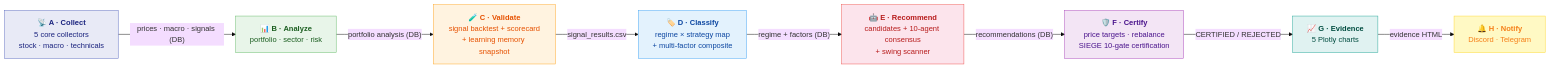
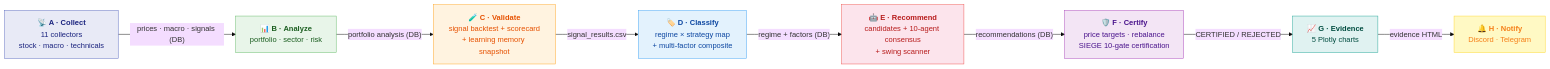
The diagram in README.md (researcherhojin/nuri-quant), drawn with Mermaid (base theme) before and after one commit. The commit also changed other lines of this file, not shown here.

Commit message:
docs(readme): correct stale signal + collector counts (#129)
Two claims drifted from current code:

1. Mermaid Phase A box said "5 core collectors" — actual `make collect`
   target runs 11 (verified against Makefile). Updated to "11 collectors".

2. Key Features said "15 signals" — SIGNAL_DEFINITIONS now has 20 (verified
   via `python -c "from nuri.quant.validation.signal_backtest import
   SIGNAL_DEFINITIONS; print(len(SIGNAL_DEFINITIONS))"`). CLAUDE.md already
   says 20 in two places; README was the only stale reference.

````diff
--- a/README.md
+++ b/README.md
@@ -19,28 +19,28 @@
 ```mermaid
 graph LR
-    A["📡 <b>A · Collect</b><br/>5 core collectors<br/>stock · macro · technicals"]
+    A["📡 <b>A · Collect</b><br/>11 collectors<br/>stock · macro · technicals"]
     B["📊 <b>B · Analyze</b><br/>portfolio · sector · risk"]
     C["🧪 <b>C · Validate</b><br/>signal backtest + scorecard<br/>+ learning memory snapshot"]
     D["🏷️ <b>D · Classify</b><br/>regime × strategy map<br/>+ multi-factor composite"]
     E["🤖 <b>E · Recommend</b><br/>candidates + 10-agent consensus<br/>+ swing scanner"]
     F["🛡️ <b>F · Certify</b><br/>price targets · rebalance<br/>SIEGE 10-gate certification"]
     G["📈 <b>G · Evidence</b><br/>5 Plotly charts"]
     H["🔔 <b>H · Notify</b><br/>Discord · Telegram"]
 
     A -->|"prices · macro · signals (DB)"| B
     B -->|"portfolio analysis (DB)"| C
     C -->|"signal_results.csv"| D
     D -->|"regime + factors (DB)"| E
     E -->|"recommendations (DB)"| F
     F -->|"CERTIFIED / REJECTED"| G
     G -->|"evidence HTML"| H
 
     style A fill:#e8eaf6,stroke:#5c6bc0,color:#1a237e
     style B fill:#e8f5e9,stroke:#66bb6a,color:#1b5e20
     style C fill:#fff3e0,stroke:#ffa726,color:#e65100
     style D fill:#e3f2fd,stroke:#42a5f5,color:#0d47a1
     style E fill:#fce4ec,stroke:#ef5350,color:#b71c1c
     style F fill:#f3e5f5,stroke:#ab47bc,color:#4a148c
     style G fill:#e0f2f1,stroke:#26a69a,color:#004d40
     style H fill:#fff9c4,stroke:#fdd835,color:#f57f17
 ```
````
